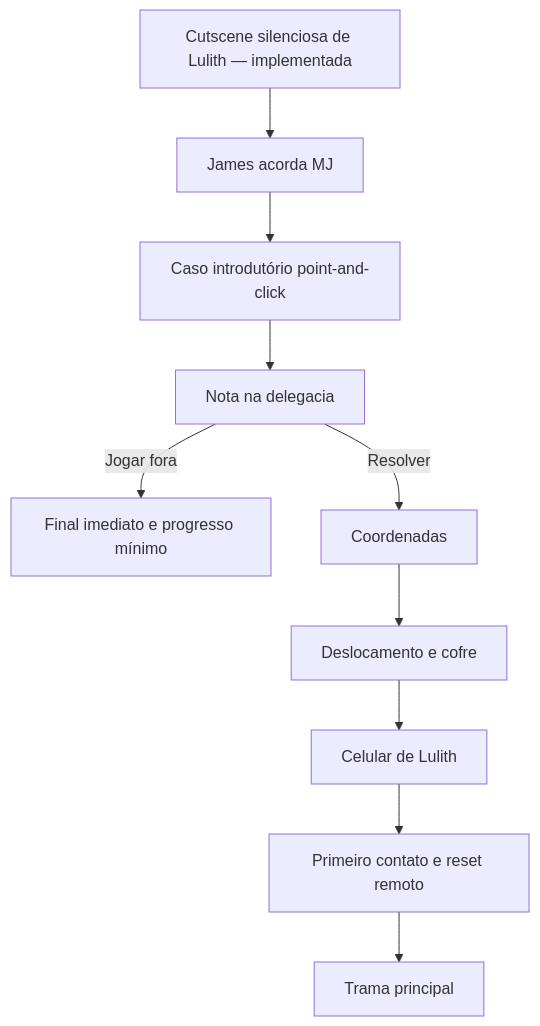
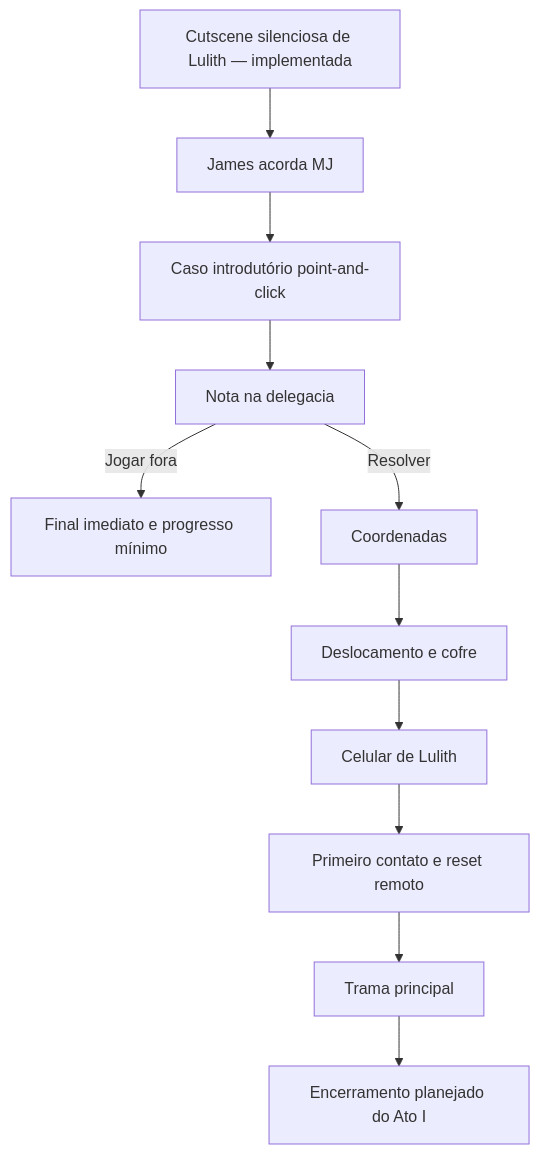
One commit to DanielFernandes-dev/sanmd changed the first of 3 diagrams in ESTRUTURA_GAMING.md. Above: the diagram before and after it, drawn with Mermaid. The commit also changed other lines of this file and 24 other files, not shown here.

````diff
--- a/ESTRUTURA_GAMING.md
+++ b/ESTRUTURA_GAMING.md
@@ -95,12 +95,13 @@
 ```mermaid
 flowchart TD
     A[Cutscene silenciosa de Lulith — implementada] --> B[James acorda MJ]
     B --> C[Caso introdutório point-and-click]
     C --> D[Nota na delegacia]
     D -->|Jogar fora| E[Final imediato e progresso mínimo]
     D -->|Resolver| F[Coordenadas]
     F --> G[Deslocamento e cofre]
     G --> H[Celular de Lulith]
     H --> I[Primeiro contato e reset remoto]
     I --> J[Trama principal]
+    J --> K[Encerramento planejado do Ato I]
 ```
````
